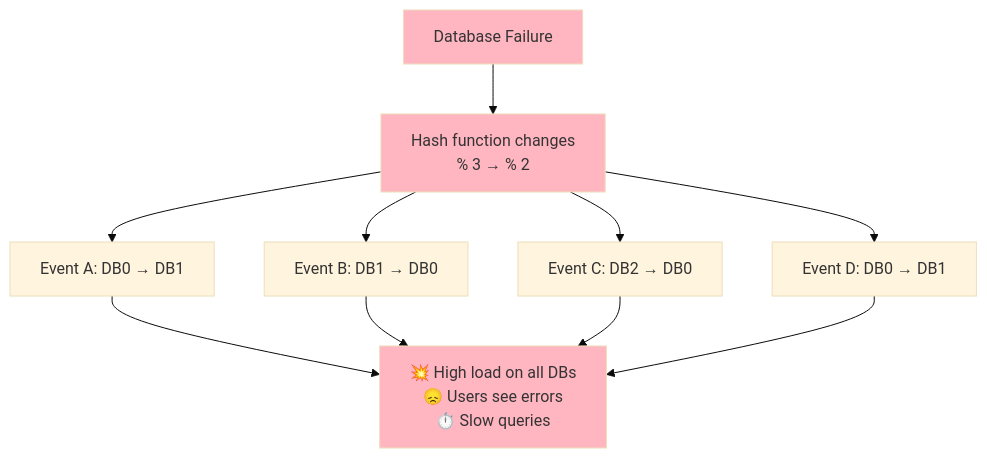
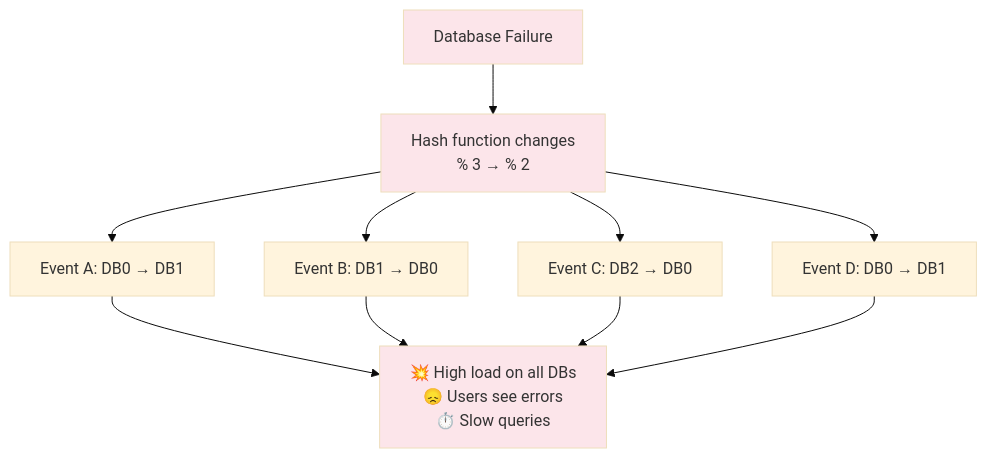
One commit to cartmancodes/InterviewVault changed the tenth of 34 diagrams in LLD/CoreConcepts/ConsistentHashing.md. Above: the diagram before and after it, drawn with Mermaid (base theme). The commit also changed other lines of this file and 679 other files, not shown here.

Commit message:
Unify content diagrams and add accessible visual walkthroughs

````diff
--- a/LLD/CoreConcepts/ConsistentHashing.md
+++ b/LLD/CoreConcepts/ConsistentHashing.md
@@ -244,22 +244,22 @@
 ```mermaid
 graph TB
     FAILURE[Database Failure]
     
     FAILURE --> CHANGE[Hash function changes<br/>% 3 → % 2]
     
     CHANGE --> MOVE1[Event A: DB0 → DB1]
     CHANGE --> MOVE2[Event B: DB1 → DB0]
     CHANGE --> MOVE3[Event C: DB2 → DB0]
     CHANGE --> MOVE4[Event D: DB0 → DB1]
     
     IMPACT[💥 High load on all DBs<br/>😞 Users see errors<br/>⏱️ Slow queries]
     
     MOVE1 --> IMPACT
     MOVE2 --> IMPACT
     MOVE3 --> IMPACT
     MOVE4 --> IMPACT
     
-    style FAILURE fill:#FFB6C1
-    style CHANGE fill:#FFB6C1
-    style IMPACT fill:#FFB6C1
+    style FAILURE fill:#FCE5EA
+    style CHANGE fill:#FCE5EA
+    style IMPACT fill:#FCE5EA
 ```
````
